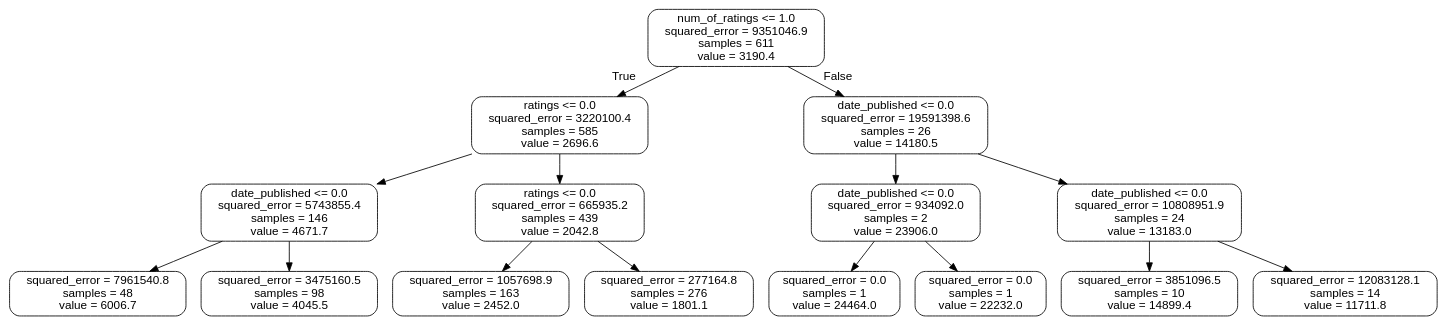
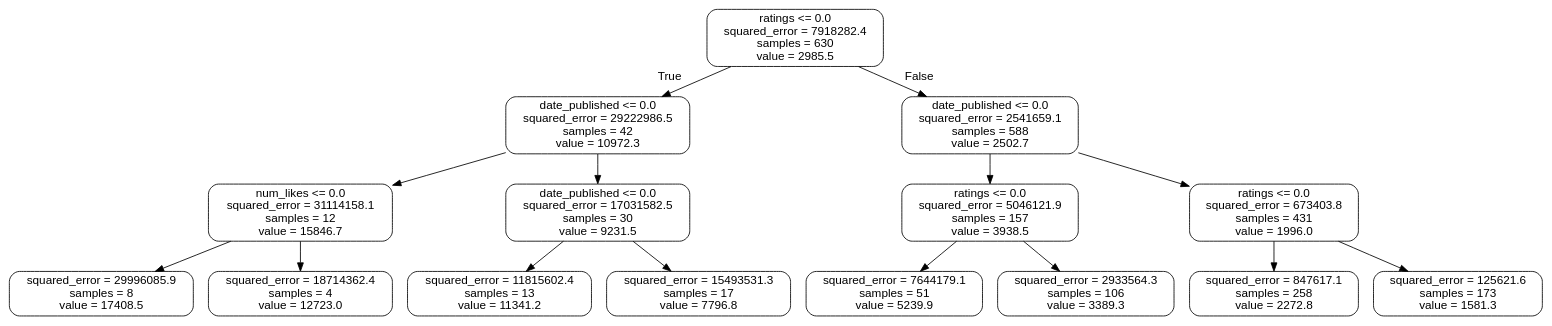
One commit to codeteme/goodreads_sales_prediction changed the diagram in scripts/images/small_tree.dot. Above: the diagram before and after it, drawn with Graphviz. The commit also changed 8 other files, not shown here.

```diff
--- a/scripts/images/small_tree.dot
+++ b/scripts/images/small_tree.dot
@@ -1,33 +1,33 @@
 digraph Tree {
 node [shape=box, style="rounded", color="black", fontname="helvetica"] ;
 edge [fontname="helvetica"] ;
-0 [label="num_of_ratings <= 1.0\nsquared_error = 9351046.9\nsamples = 611\nvalue = 3190.4"] ;
-1 [label="ratings <= 0.0\nsquared_error = 3220100.4\nsamples = 585\nvalue = 2696.6"] ;
+0 [label="ratings <= 0.0\nsquared_error = 7918282.4\nsamples = 630\nvalue = 2985.5"] ;
+1 [label="date_published <= 0.0\nsquared_error = 29222986.5\nsamples = 42\nvalue = 10972.3"] ;
 0 -> 1 [labeldistance=2.5, labelangle=45, headlabel="True"] ;
-2 [label="date_published <= 0.0\nsquared_error = 5743855.4\nsamples = 146\nvalue = 4671.7"] ;
+2 [label="num_likes <= 0.0\nsquared_error = 31114158.1\nsamples = 12\nvalue = 15846.7"] ;
 1 -> 2 ;
-3 [label="squared_error = 7961540.8\nsamples = 48\nvalue = 6006.7"] ;
+3 [label="squared_error = 29996085.9\nsamples = 8\nvalue = 17408.5"] ;
 2 -> 3 ;
-4 [label="squared_error = 3475160.5\nsamples = 98\nvalue = 4045.5"] ;
+4 [label="squared_error = 18714362.4\nsamples = 4\nvalue = 12723.0"] ;
 2 -> 4 ;
-5 [label="ratings <= 0.0\nsquared_error = 665935.2\nsamples = 439\nvalue = 2042.8"] ;
+5 [label="date_published <= 0.0\nsquared_error = 17031582.5\nsamples = 30\nvalue = 9231.5"] ;
 1 -> 5 ;
-6 [label="squared_error = 1057698.9\nsamples = 163\nvalue = 2452.0"] ;
+6 [label="squared_error = 11815602.4\nsamples = 13\nvalue = 11341.2"] ;
 5 -> 6 ;
-7 [label="squared_error = 277164.8\nsamples = 276\nvalue = 1801.1"] ;
+7 [label="squared_error = 15493531.3\nsamples = 17\nvalue = 7796.8"] ;
 5 -> 7 ;
-8 [label="date_published <= 0.0\nsquared_error = 19591398.6\nsamples = 26\nvalue = 14180.5"] ;
+8 [label="date_published <= 0.0\nsquared_error = 2541659.1\nsamples = 588\nvalue = 2502.7"] ;
 0 -> 8 [labeldistance=2.5, labelangle=-45, headlabel="False"] ;
-9 [label="date_published <= 0.0\nsquared_error = 934092.0\nsamples = 2\nvalue = 23906.0"] ;
+9 [label="ratings <= 0.0\nsquared_error = 5046121.9\nsamples = 157\nvalue = 3938.5"] ;
 8 -> 9 ;
-10 [label="squared_error = 0.0\nsamples = 1\nvalue = 24464.0"] ;
+10 [label="squared_error = 7644179.1\nsamples = 51\nvalue = 5239.9"] ;
 9 -> 10 ;
-11 [label="squared_error = 0.0\nsamples = 1\nvalue = 22232.0"] ;
+11 [label="squared_error = 2933564.3\nsamples = 106\nvalue = 3389.3"] ;
 9 -> 11 ;
-12 [label="date_published <= 0.0\nsquared_error = 10808951.9\nsamples = 24\nvalue = 13183.0"] ;
+12 [label="ratings <= 0.0\nsquared_error = 673403.8\nsamples = 431\nvalue = 1996.0"] ;
 8 -> 12 ;
-13 [label="squared_error = 3851096.5\nsamples = 10\nvalue = 14899.4"] ;
+13 [label="squared_error = 847617.1\nsamples = 258\nvalue = 2272.8"] ;
 12 -> 13 ;
-14 [label="squared_error = 12083128.1\nsamples = 14\nvalue = 11711.8"] ;
+14 [label="squared_error = 125621.6\nsamples = 173\nvalue = 1581.3"] ;
 12 -> 14 ;
 }
```
